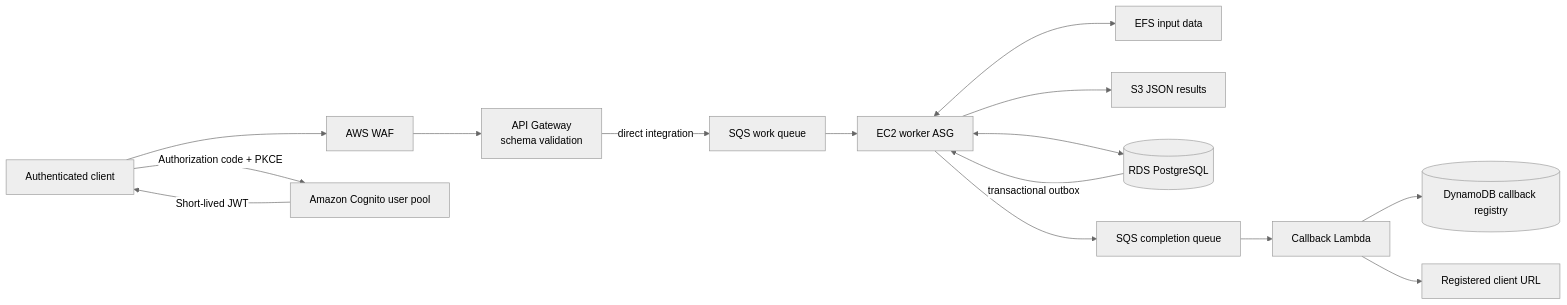
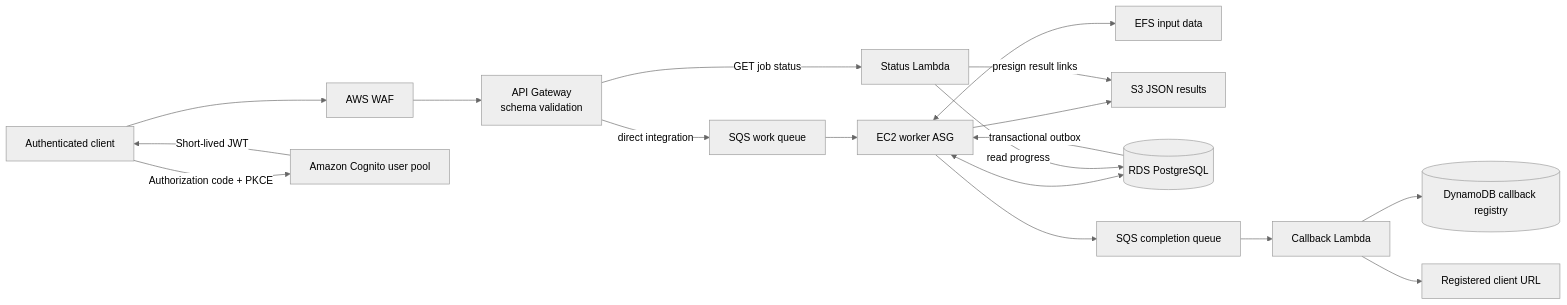
The diagram in README.md (malayjoshi/high-scale-comparison-engine), drawn with Mermaid (neutral theme) before and after one commit. The commit also changed other lines of this file and 14 other files, not shown here.

````diff
--- a/README.md
+++ b/README.md
@@ -31,17 +32,20 @@
 ```mermaid
 flowchart LR
     User[Authenticated client] --> WAF[AWS WAF]
     User -->|Authorization code + PKCE| Cognito[Amazon Cognito user pool]
     Cognito -->|Short-lived JWT| User
     WAF --> API[API Gateway<br/>schema validation]
     API -->|direct integration| InputQueue[SQS work queue]
+    API -->|GET job status| StatusLambda[Status Lambda]
     InputQueue --> Workers[EC2 worker ASG]
     Workers <--> EFS[EFS input data]
     Workers --> S3[S3 JSON results]
     Workers <--> RDS[(RDS PostgreSQL)]
+    StatusLambda -->|read progress| RDS
+    StatusLambda -->|presign result links| S3
     RDS -->|transactional outbox| Workers
     Workers --> CompletionQueue[SQS completion queue]
     CompletionQueue --> Lambda[Callback Lambda]
     Lambda --> Registry[(DynamoDB callback registry)]
     Lambda --> Client[Registered client URL]
 ```
````
